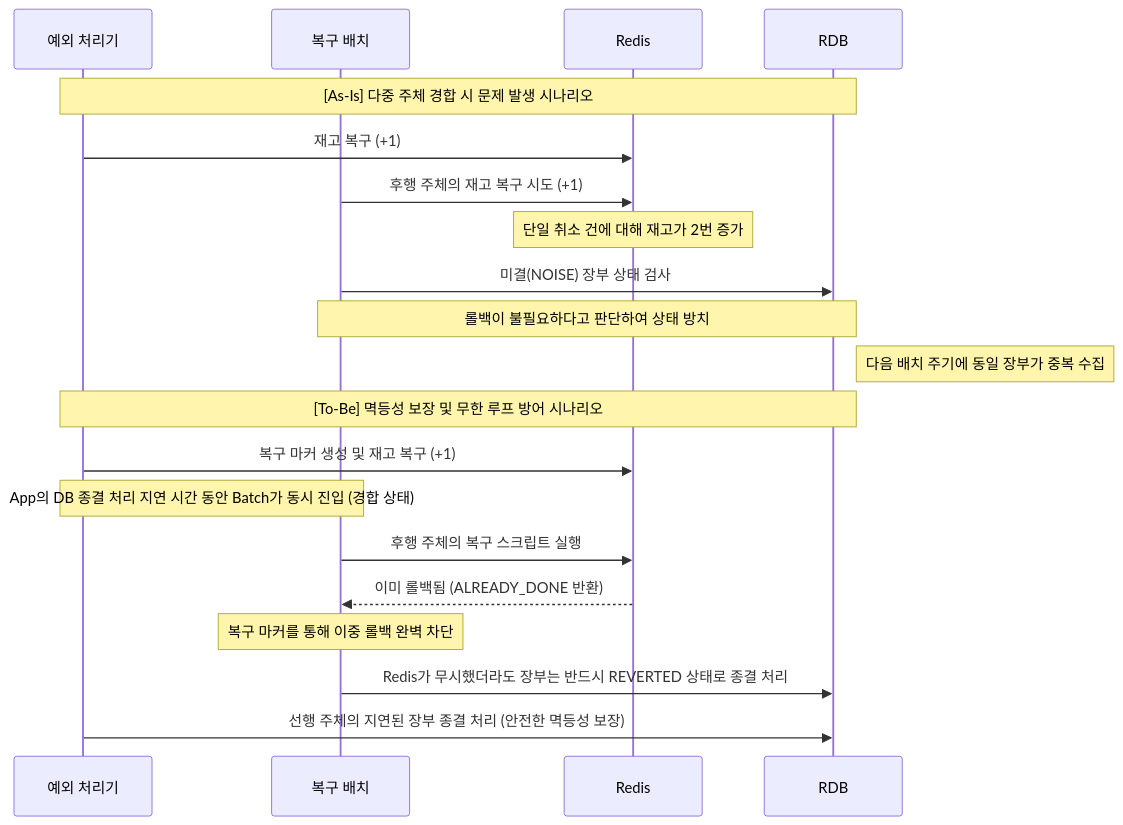
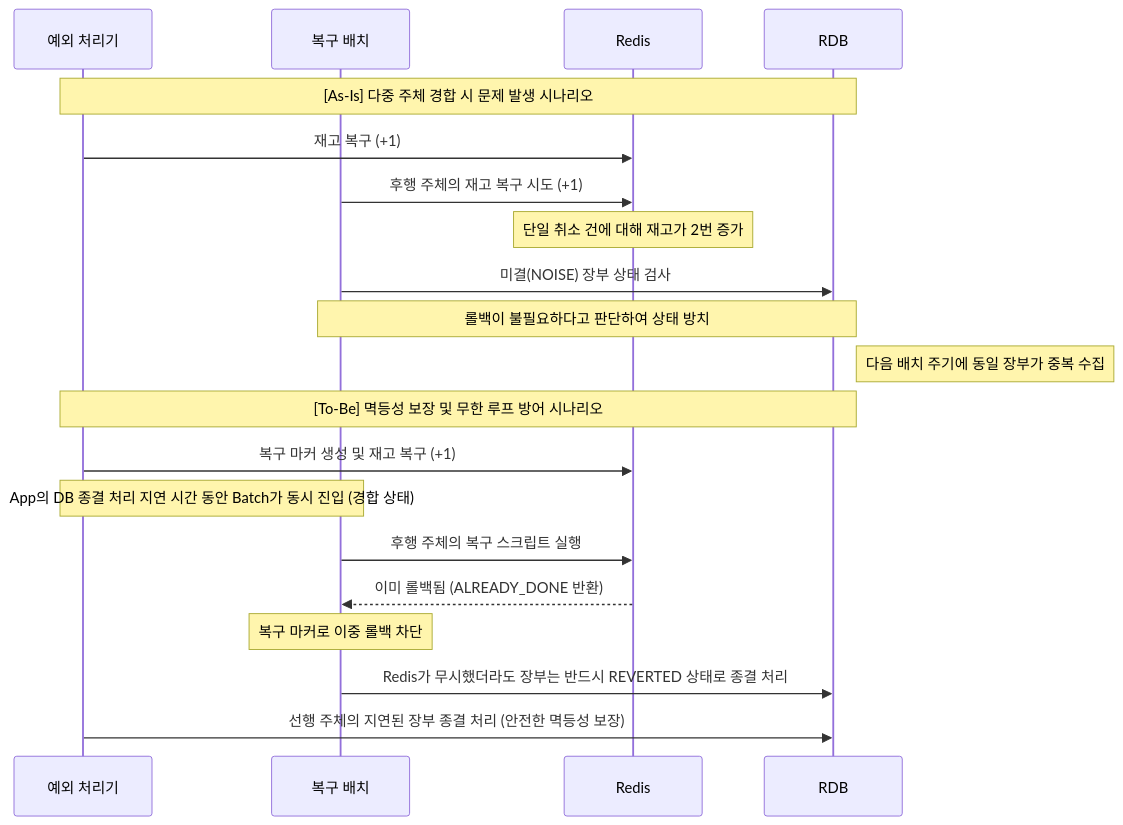
The seventh of 7 diagrams in src/content/docs/blog/stock-gate-per-product.md (hyoguoo/hyoguoo.github.io), drawn with Mermaid before and after one commit. The commit also changed other lines of this file, not shown here.

````diff
--- a/src/content/docs/blog/stock-gate-per-product.md
+++ b/src/content/docs/blog/stock-gate-per-product.md
@@ -520,22 +520,22 @@
 ```mermaid
 sequenceDiagram
     participant App as 예외 처리기
     participant Batch as 복구 배치
     participant Redis as Redis
     participant DB as RDB
     Note over App,DB: [As-Is] 다중 주체 경합 시 문제 발생 시나리오
     App ->> Redis: 재고 복구 (+1)
     Batch ->> Redis: 후행 주체의 재고 복구 시도 (+1)
     Note over Redis: 단일 취소 건에 대해 재고가 2번 증가
     Batch ->> DB: 미결(NOISE) 장부 상태 검사
     Note over Batch,DB: 롤백이 불필요하다고 판단하여 상태 방치
     Note right of DB: 다음 배치 주기에 동일 장부가 중복 수집
     Note over App,DB: [To-Be] 멱등성 보장 및 무한 루프 방어 시나리오
     App ->> Redis: 복구 마커 생성 및 재고 복구 (+1)
     Note over App,Batch: App의 DB 종결 처리 지연 시간 동안 Batch가 동시 진입 (경합 상태)
     Batch ->> Redis: 후행 주체의 복구 스크립트 실행
     Redis -->> Batch: 이미 롤백됨 (ALREADY_DONE 반환)
-    Note over Batch: 복구 마커를 통해 이중 롤백 완벽 차단
+    Note over Batch: 복구 마커로 이중 롤백 차단
     Batch ->> DB: Redis가 무시했더라도 장부는 반드시 REVERTED 상태로 종결 처리
     App ->> DB: 선행 주체의 지연된 장부 종결 처리 (안전한 멱등성 보장)
 ```
````
